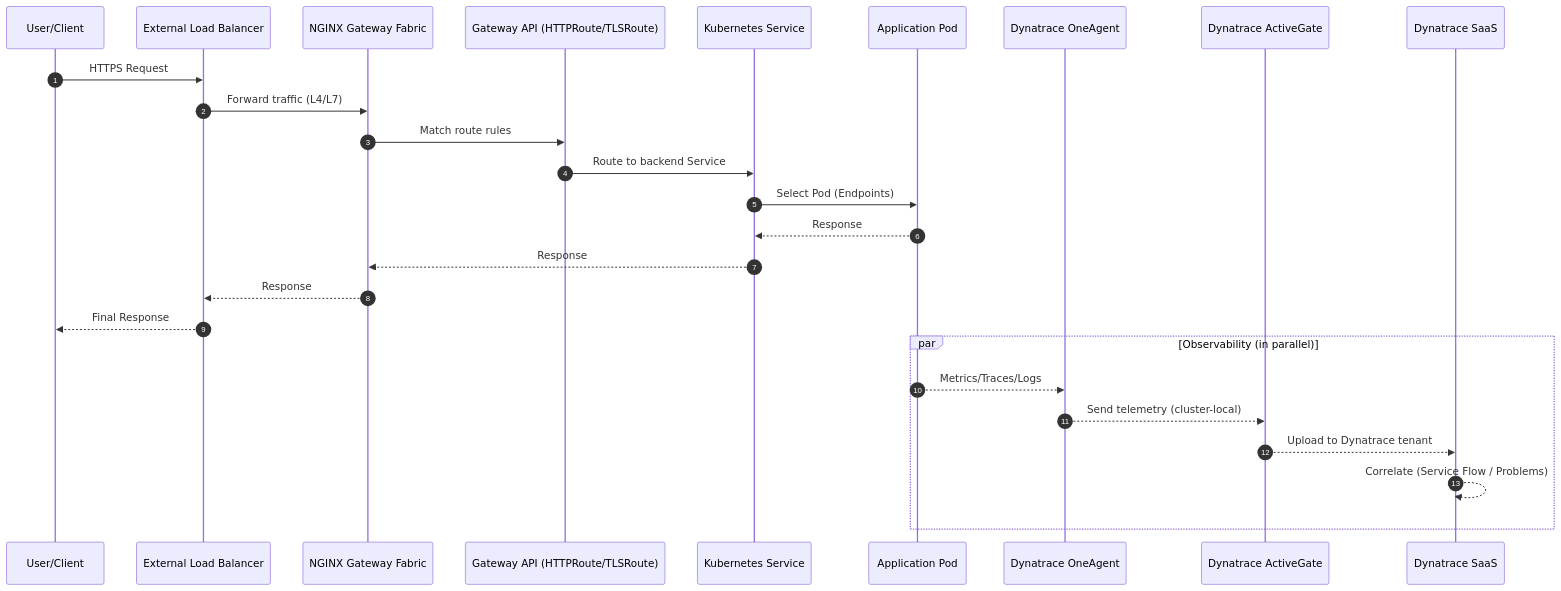
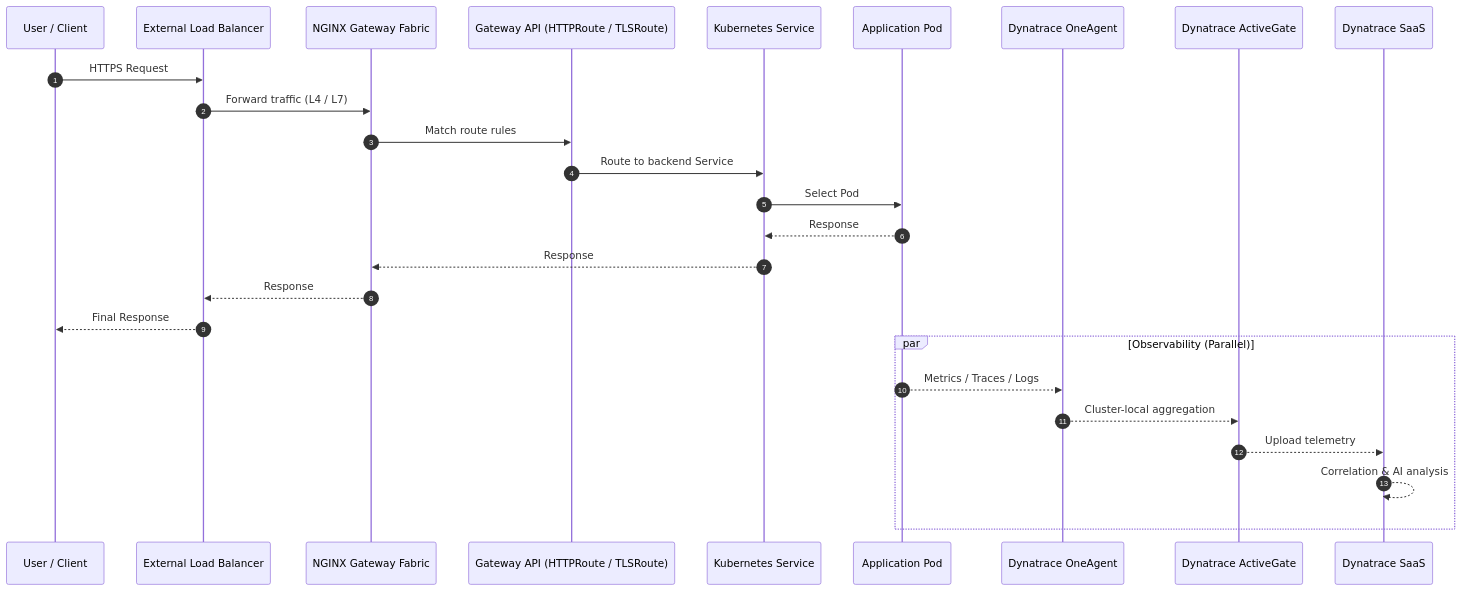
The second of 2 diagrams in test.md (Abdelrhman2371999/-NGINX-Plus-Gateway-Fabric-Installation-Suite), drawn with Mermaid before and after one commit. The commit also changed other lines of this file, not shown here.

````diff
--- a/test.md
+++ b/test.md
@@ -110,31 +99,30 @@
 ```mermaid
 sequenceDiagram
     autonumber
-    participant U as User/Client
+    participant U as User / Client
     participant LB as External Load Balancer
     participant GW as NGINX Gateway Fabric
-    participant R as Gateway API (HTTPRoute/TLSRoute)
+    participant R as Gateway API (HTTPRoute / TLSRoute)
     participant SVC as Kubernetes Service
     participant POD as Application Pod
     participant OA as Dynatrace OneAgent
     participant AG as Dynatrace ActiveGate
     participant DT as Dynatrace SaaS
 
     U->>LB: HTTPS Request
-    LB->>GW: Forward traffic (L4/L7)
+    LB->>GW: Forward traffic (L4 / L7)
     GW->>R: Match route rules
     R->>SVC: Route to backend Service
-    SVC->>POD: Select Pod (Endpoints)
+    SVC->>POD: Select Pod
     POD-->>SVC: Response
     SVC-->>GW: Response
     GW-->>LB: Response
     LB-->>U: Final Response
 
-    par Observability (in parallel)
-        POD-->>OA: Metrics/Traces/Logs
-        OA-->>AG: Send telemetry (cluster-local)
-        AG-->>DT: Upload to Dynatrace tenant
-        DT-->>DT: Correlate (Service Flow / Problems)
+    par Observability (Parallel)
+        POD-->>OA: Metrics / Traces / Logs
+        OA-->>AG: Cluster-local aggregation
+        AG-->>DT: Upload telemetry
+        DT-->>DT: Correlation & AI analysis
     end
-
 ```
````
